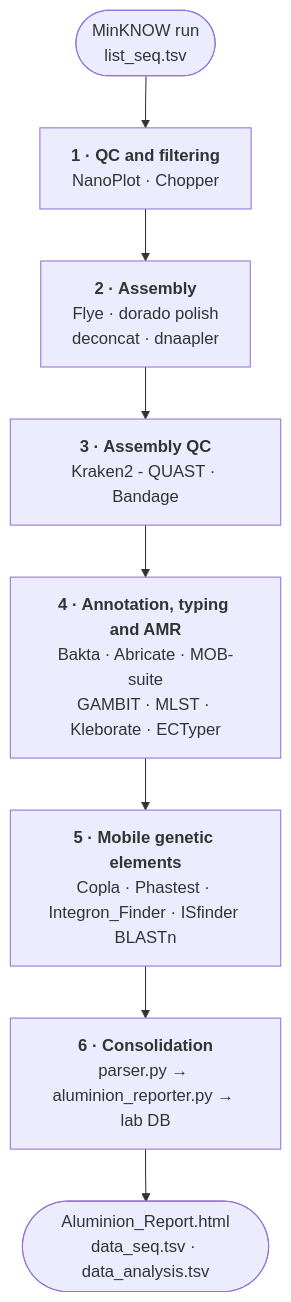
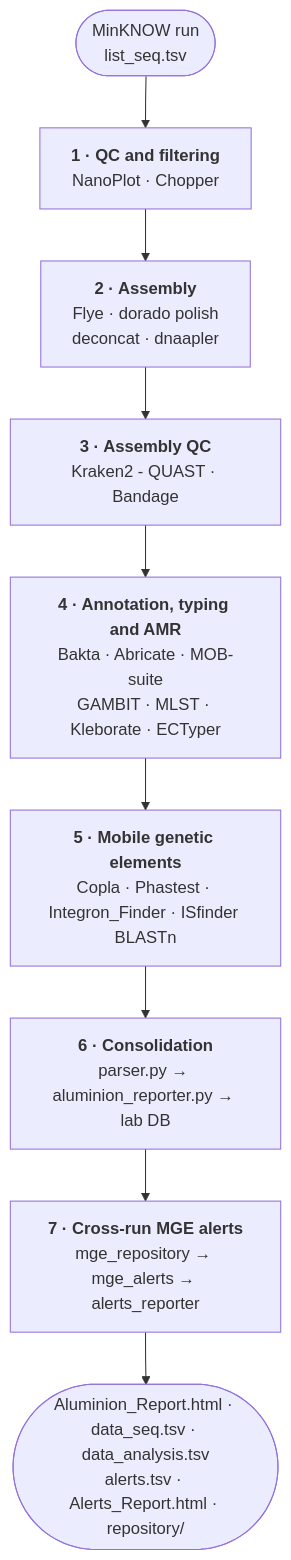
One commit to Aluminio-visto/Aluminion changed the diagram in README.md. Above: the diagram before and after it, drawn with Mermaid. The commit also changed other lines of this file and 19 other files, not shown here.

First line of the commit message:
Integrate cross-run MGE alert system into main

````diff
--- a/README.md
+++ b/README.md
@@ -17,13 +17,14 @@
 ```mermaid
 flowchart TB
     IN(["MinKNOW run<br/>list_seq.tsv"])
     S1["<b>1 · QC and filtering</b><br/>NanoPlot · Chopper"]
     S2["<b>2 · Assembly</b><br/>Flye · dorado polish<br/>deconcat · dnaapler"]
     S3["<b>3 · Assembly QC</b><br/>Kraken2 - QUAST · Bandage"]
     S4["<b>4 · Annotation, typing and AMR</b><br/>Bakta · Abricate · MOB-suite<br/>GAMBIT · MLST · Kleborate · ECTyper"]
     S5["<b>5 · Mobile genetic elements</b><br/>Copla · Phastest · Integron_Finder · ISfinder BLASTn"]
     S6["<b>6 · Consolidation</b><br/>parser.py → aluminion_reporter.py → lab DB"]
-    OUT(["Aluminion_Report.html<br/>data_seq.tsv · data_analysis.tsv"])
+    S7["<b>7 · Cross-run MGE alerts</b><br/>mge_repository → mge_alerts → alerts_reporter"]
+    OUT(["Aluminion_Report.html · data_seq.tsv · data_analysis.tsv<br/>alerts.tsv · Alerts_Report.html · repository/"])
 
-    IN --> S1 --> S2 --> S3 --> S4 --> S5 --> S6 --> OUT
+    IN --> S1 --> S2 --> S3 --> S4 --> S5 --> S6 --> S7 --> OUT
 ```
````
